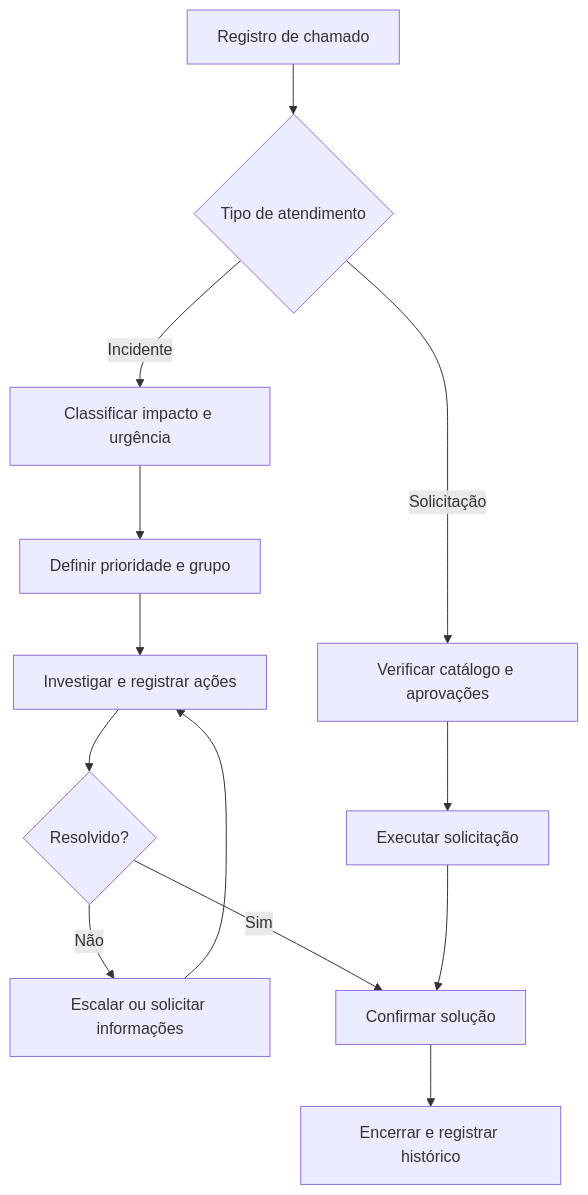
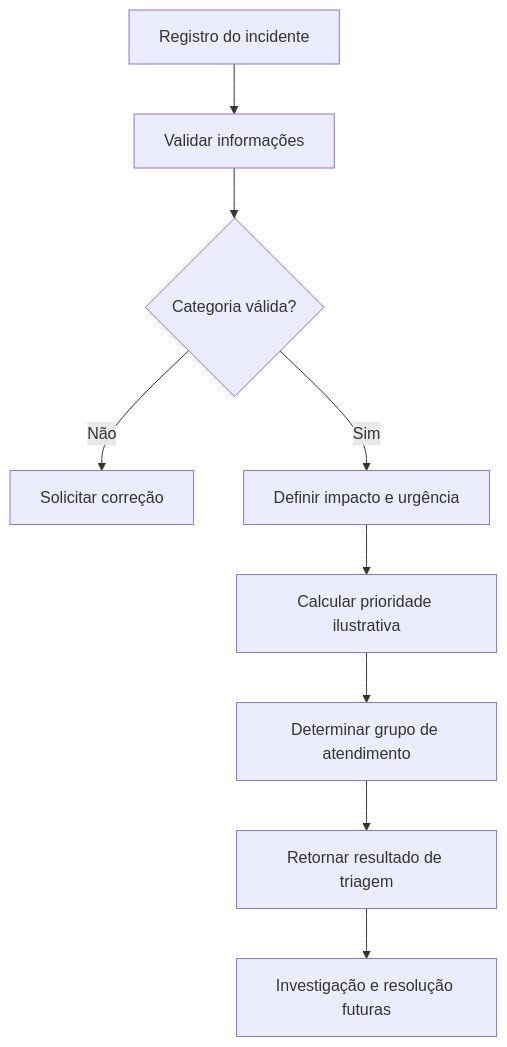
Before and after one commit to Mathzz0/Mathzz0: the diagram in docs/estudo-de-caso-itsm.md, drawn with Mermaid. The commit also changed other lines of this file, not shown here.

Commit message:
docs: documentar protótipo ITSM, matriz ilustrativa e testes

````diff
--- a/docs/estudo-de-caso-itsm.md
+++ b/docs/estudo-de-caso-itsm.md
@@ -13,15 +15,11 @@
 ```mermaid
 flowchart TD
-    A[Registro de chamado] --> B{Tipo de atendimento}
-    B -->|Incidente| C[Classificar impacto e urgência]
-    B -->|Solicitação| D[Verificar catálogo e aprovações]
-    C --> E[Definir prioridade e grupo]
-    E --> F[Investigar e registrar ações]
-    F --> G{Resolvido?}
-    G -->|Não| H[Escalar ou solicitar informações]
-    H --> F
-    G -->|Sim| I[Confirmar solução]
-    D --> J[Executar solicitação]
-    J --> I
-    I --> K[Encerrar e registrar histórico]
+    A[Registro do incidente] --> B[Validar informações]
+    B --> C{Categoria válida?}
+    C -->|Não| X[Solicitar correção]
+    C -->|Sim| D[Definir impacto e urgência]
+    D --> E[Calcular prioridade ilustrativa]
+    E --> F[Determinar grupo de atendimento]
+    F --> G[Retornar resultado de triagem]
+    G --> H[Investigação e resolução futuras]
 ```
````
